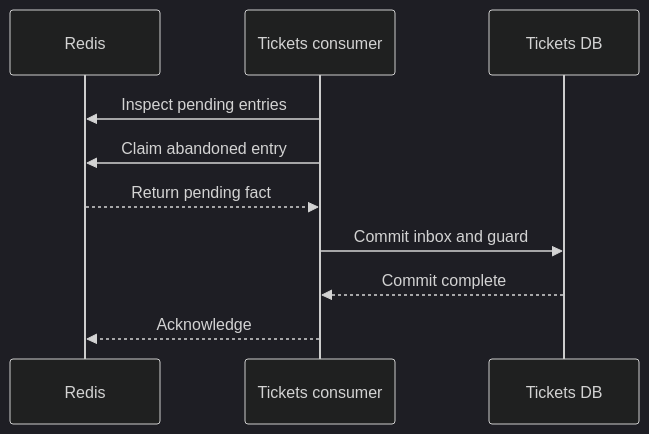
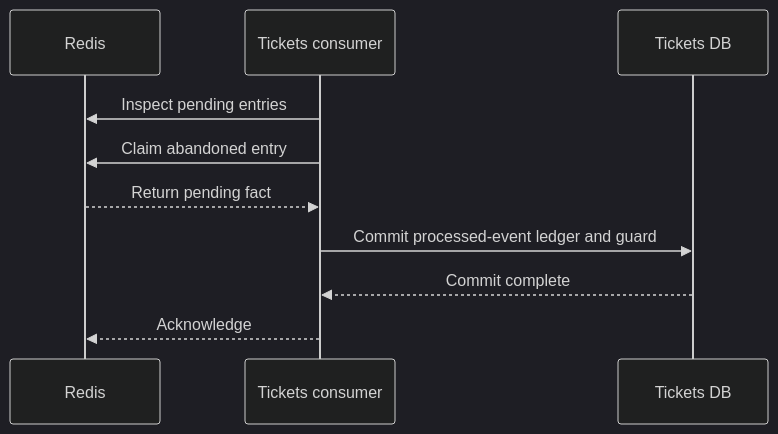
One commit to h19overflow/stubhub changed diagram 15 of 16 in docs/system_design/sequence_diagrams.md. Above: the diagram before and after it, drawn with Mermaid (dark theme). The commit also changed other lines of this file and 59 other files, not shown here.

````diff
--- a/docs/system_design/sequence_diagrams.md
+++ b/docs/system_design/sequence_diagrams.md
@@ -372,12 +372,12 @@
 ```mermaid
 sequenceDiagram
     participant R as Redis
     participant C as Tickets consumer
     participant TD as Tickets DB
     C->>R: Inspect pending entries
     C->>R: Claim abandoned entry
     R-->>C: Return pending fact
-    C->>TD: Commit inbox and guard
+    C->>TD: Commit processed-event ledger and guard
     TD-->>C: Commit complete
     C-->>R: Acknowledge
 ```
````
